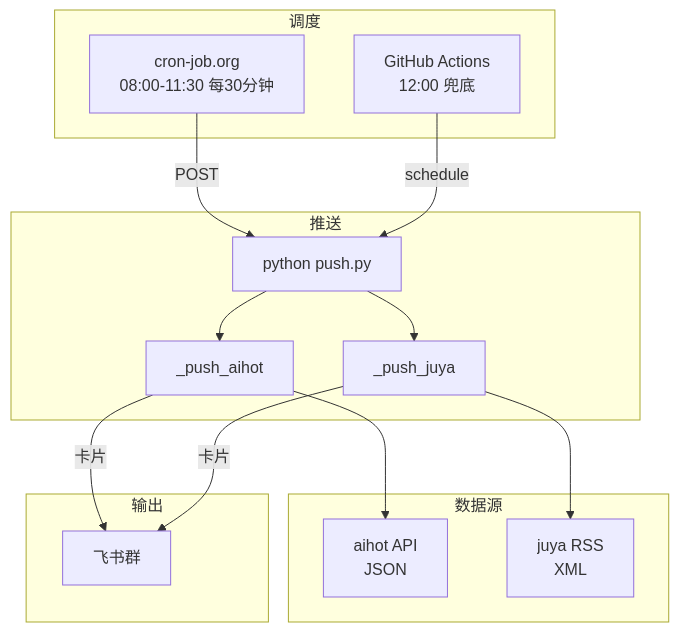
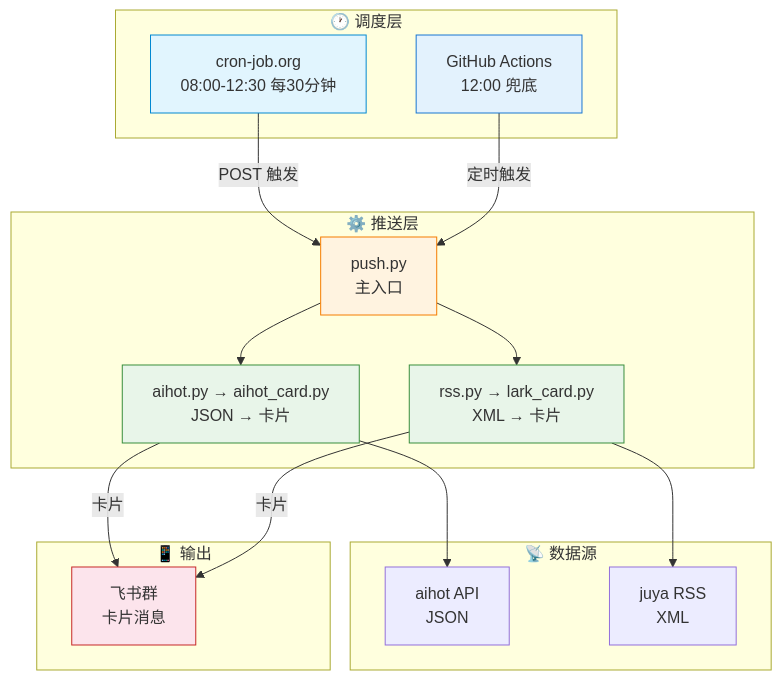
The first of 2 diagrams in README.md (Ai-luren/Ainews-to-Feishu), drawn with Mermaid before and after one commit. The commit also changed other lines of this file, not shown here.

Commit message:
docs: 添加架构图+容错流程图+时间线，交换卡片截图

````diff
--- a/README.md
+++ b/README.md
@@ -120,29 +120,38 @@
 ```mermaid
 flowchart TB
-    subgraph 调度["调度"]
-        C1[cron-job.org<br/>08:00-11:30 每30分钟]
-        C2[GitHub Actions<br/>12:00 兜底]
+    subgraph 调度["🕐 调度层"]
+        C1["cron-job.org<br/>08:00-12:30 每30分钟"]
+        C2["GitHub Actions<br/>12:00 兜底"]
     end
 
-    subgraph 推送["推送"]
-        P[python push.py]
-        A[_push_aihot]
-        J[_push_juya]
+    subgraph 推送["⚙️ 推送层"]
+        P["push.py<br/>主入口"]
+        A["aihot.py → aihot_card.py<br/>JSON → 卡片"]
+        J["rss.py → lark_card.py<br/>XML → 卡片"]
     end
 
-    subgraph 数据["数据源"]
-        A1[aihot API<br/>JSON]
-        J1[juya RSS<br/>XML]
+    subgraph 数据["📡 数据源"]
+        A1["aihot API<br/>JSON"]
+        J1["juya RSS<br/>XML"]
     end
 
-    subgraph 输出["输出"]
-        F[飞书群]
+    subgraph 输出["📱 输出"]
+        F["飞书群<br/>卡片消息"]
     end
 
-    C1 -->|POST| P
-    C2 -->|schedule| P
-    P --> A --> A1
-    P --> J --> J1
-    A -->|卡片| F
-    J -->|卡片| F
+    C1 -->|"POST 触发"| P
+    C2 -->|"定时触发"| P
+    P --> A
+    P --> J
+    A --> A1
+    J --> J1
+    A -->|"卡片"| F
+    J -->|"卡片"| F
+
+    style C1 fill:#e1f5fe,stroke:#0288d1
+    style C2 fill:#e3f2fd,stroke:#1976d2
+    style P fill:#fff3e0,stroke:#f57c00
+    style A fill:#e8f5e9,stroke:#388e3c
+    style J fill:#e8f5e9,stroke:#388e3c
+    style F fill:#fce4ec,stroke:#c62828
 ```
````
